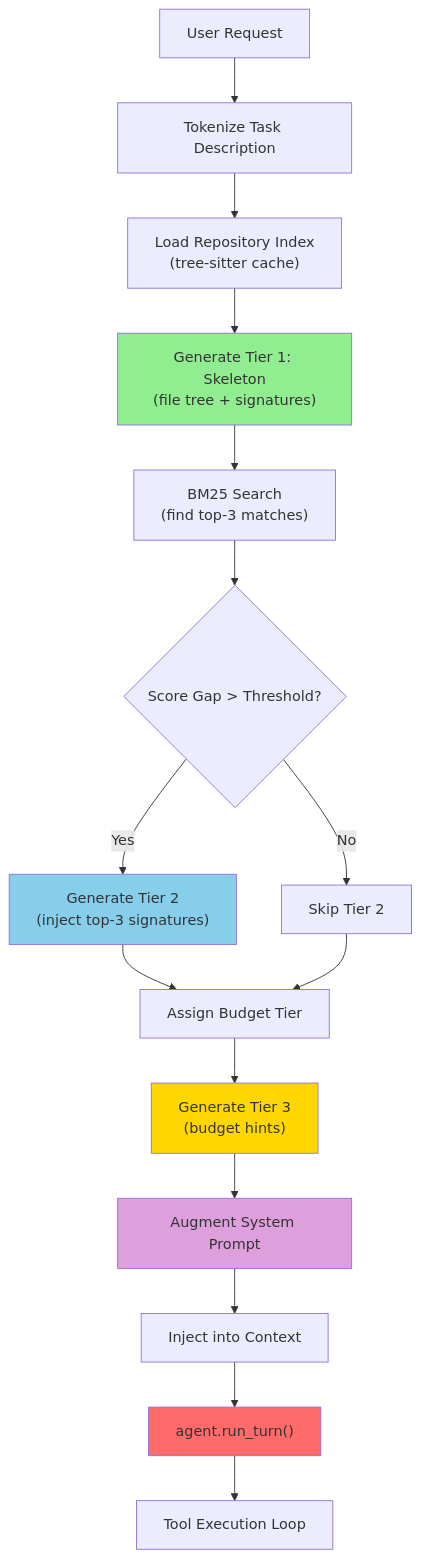
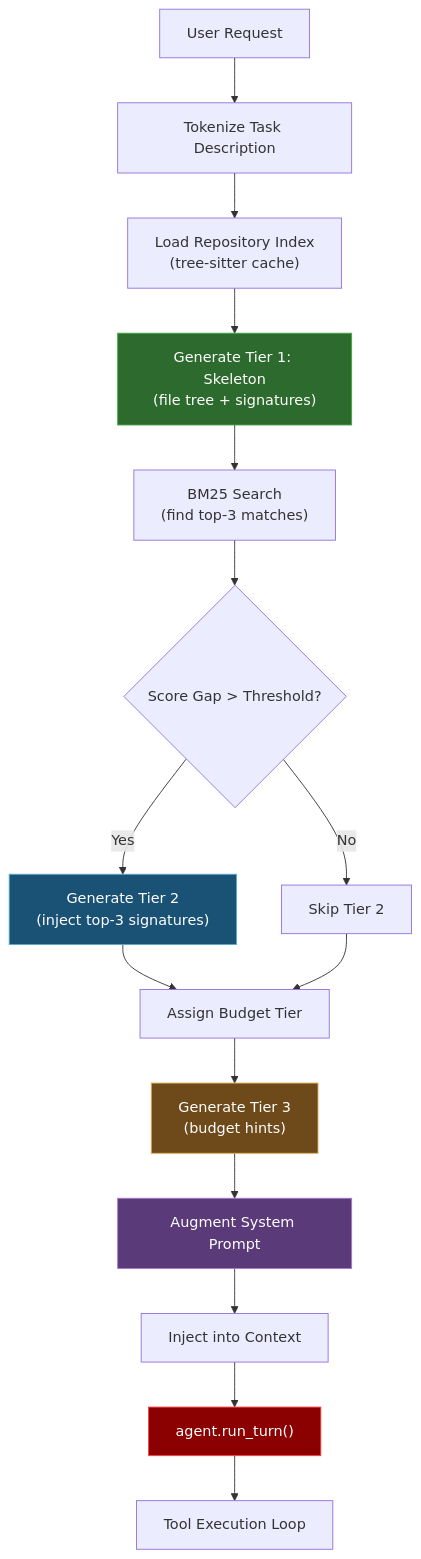
One commit to wojciechkpl/hone changed the diagram in docs/context-injection.md. Above: the diagram before and after it, drawn with Mermaid. The commit also changed 1 other file, not shown here.

Commit message:
Fix Mermaid diagrams: dark fills with white text for readability on all themes

````diff
--- a/docs/context-injection.md
+++ b/docs/context-injection.md
@@ -377,23 +377,23 @@
 ```mermaid
 graph TD
     A["User Request"] --> B["Tokenize Task Description"]
     B --> C["Load Repository Index<br/>(tree-sitter cache)"]
     C --> D["Generate Tier 1: Skeleton<br/>(file tree + signatures)"]
     D --> E["BM25 Search<br/>(find top-3 matches)"]
     E --> F{"Score Gap > Threshold?"}
     F -->|Yes| G["Generate Tier 2<br/>(inject top-3 signatures)"]
     F -->|No| H["Skip Tier 2"]
     G --> I["Assign Budget Tier"]
     H --> I
     I --> J["Generate Tier 3<br/>(budget hints)"]
     J --> K["Augment System Prompt"]
     K --> L["Inject into Context"]
     L --> M["agent.run_turn()"]
     M --> N["Tool Execution Loop"]
     
-    style D fill:#90EE90
-    style G fill:#87CEEB
-    style J fill:#FFD700
-    style K fill:#DDA0DD
-    style M fill:#FF6B6B
+    style D fill:#2d6a2d,stroke:#4a4,color:#fff
+    style G fill:#1a5276,stroke:#5ac,color:#fff
+    style J fill:#6e4a1a,stroke:#da5,color:#fff
+    style K fill:#5b3a7a,stroke:#a7c,color:#fff
+    style M fill:#8b0000,stroke:#f44,color:#fff
 ```
````
